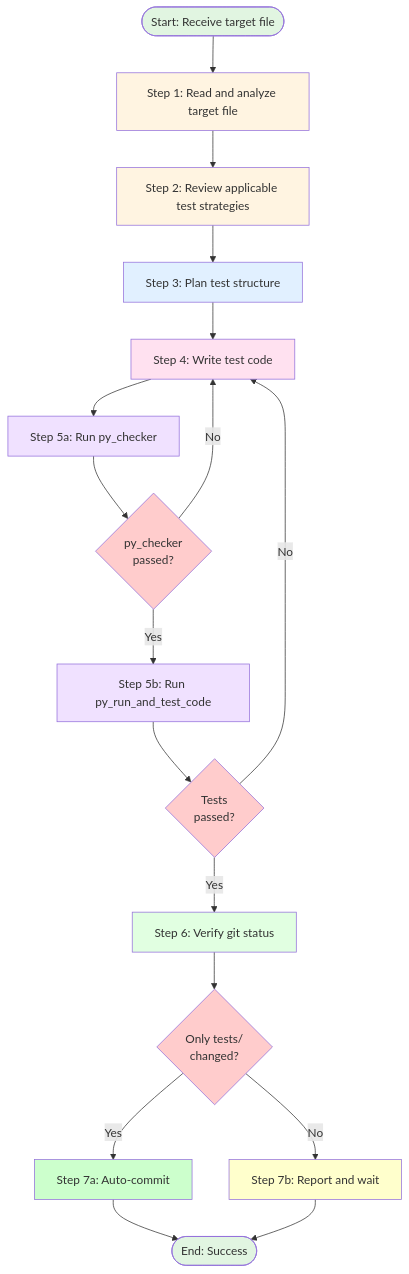
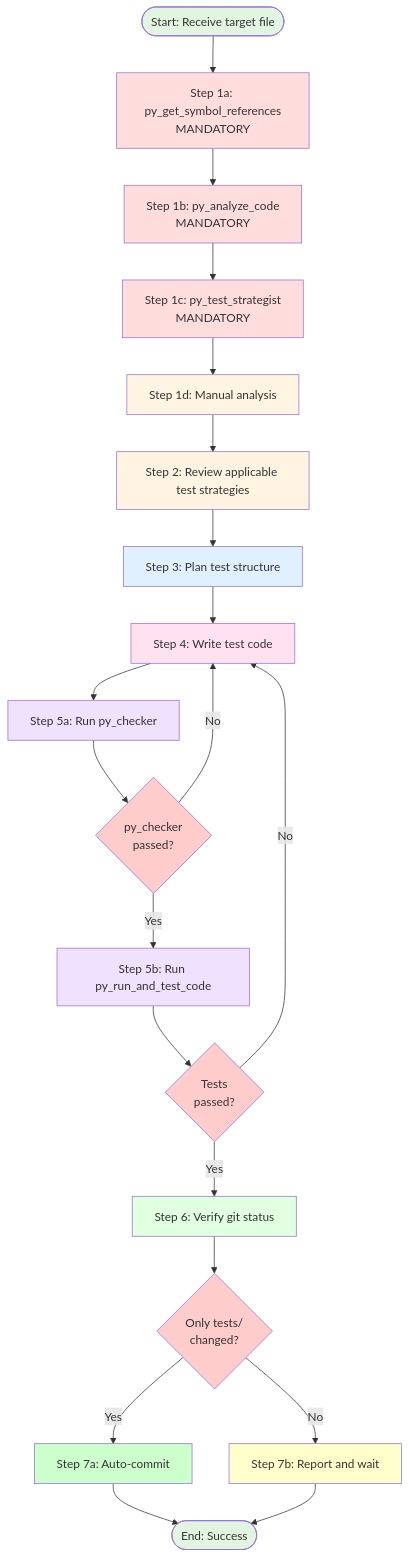
Before and after one commit to s-age/pipe: the diagram in procedures/python_unit_test_generation.md, drawn with Mermaid. The commit also changed other lines of this file, not shown here.

First line of the commit message:
docs: enforce mandatory tool execution in pytest test generation procedure

````diff
--- a/procedures/python_unit_test_generation.md
+++ b/procedures/python_unit_test_generation.md
@@ -13,41 +13,47 @@
 ```mermaid
 graph TD
-    Start([Start: Receive target file]) --> Step1[Step 1: Read and analyze target file]
+    Start([Start: Receive target file]) --> Step1A[Step 1a: py_get_symbol_references<br/>MANDATORY]
+    Step1A --> Step1B[Step 1b: py_analyze_code<br/>MANDATORY]
+    Step1B --> Step1C[Step 1c: py_test_strategist<br/>MANDATORY]
+    Step1C --> Step1D[Step 1d: Manual analysis]
 
-    Step1 --> Step2[Step 2: Review applicable test strategies]
+    Step1D --> Step2[Step 2: Review applicable test strategies]
 
     Step2 --> Step3[Step 3: Plan test structure]
 
     Step3 --> Step4[Step 4: Write test code]
 
     Step4 --> Step5A[Step 5a: Run py_checker]
     Step5A --> CheckChecker{py_checker<br/>passed?}
     CheckChecker -- No --> Step4
     CheckChecker -- Yes --> Step5B[Step 5b: Run py_run_and_test_code]
 
     Step5B --> CheckTests{Tests<br/>passed?}
     CheckTests -- No --> Step4
     CheckTests -- Yes --> Step6[Step 6: Verify git status]
 
     Step6 --> Step7{Only tests/<br/>changed?}
     Step7 -- Yes --> Commit[Step 7a: Auto-commit]
     Step7 -- No --> Report[Step 7b: Report and wait]
 
     Commit --> End([End: Success])
     Report --> End
 
     style Start fill:#e1f5e1
     style End fill:#e1f5e1
-    style Step1 fill:#fff4e1
+    style Step1A fill:#ffdddd
+    style Step1B fill:#ffdddd
+    style Step1C fill:#ffdddd
+    style Step1D fill:#fff4e1
     style Step2 fill:#fff4e1
     style Step3 fill:#e1f0ff
     style Step4 fill:#ffe1f0
     style Step5A fill:#f0e1ff
     style Step5B fill:#f0e1ff
     style Step6 fill:#e1ffe1
     style CheckChecker fill:#ffcccc
     style CheckTests fill:#ffcccc
     style Step7 fill:#ffcccc
     style Commit fill:#ccffcc
     style Report fill:#ffffcc
 ```
````
